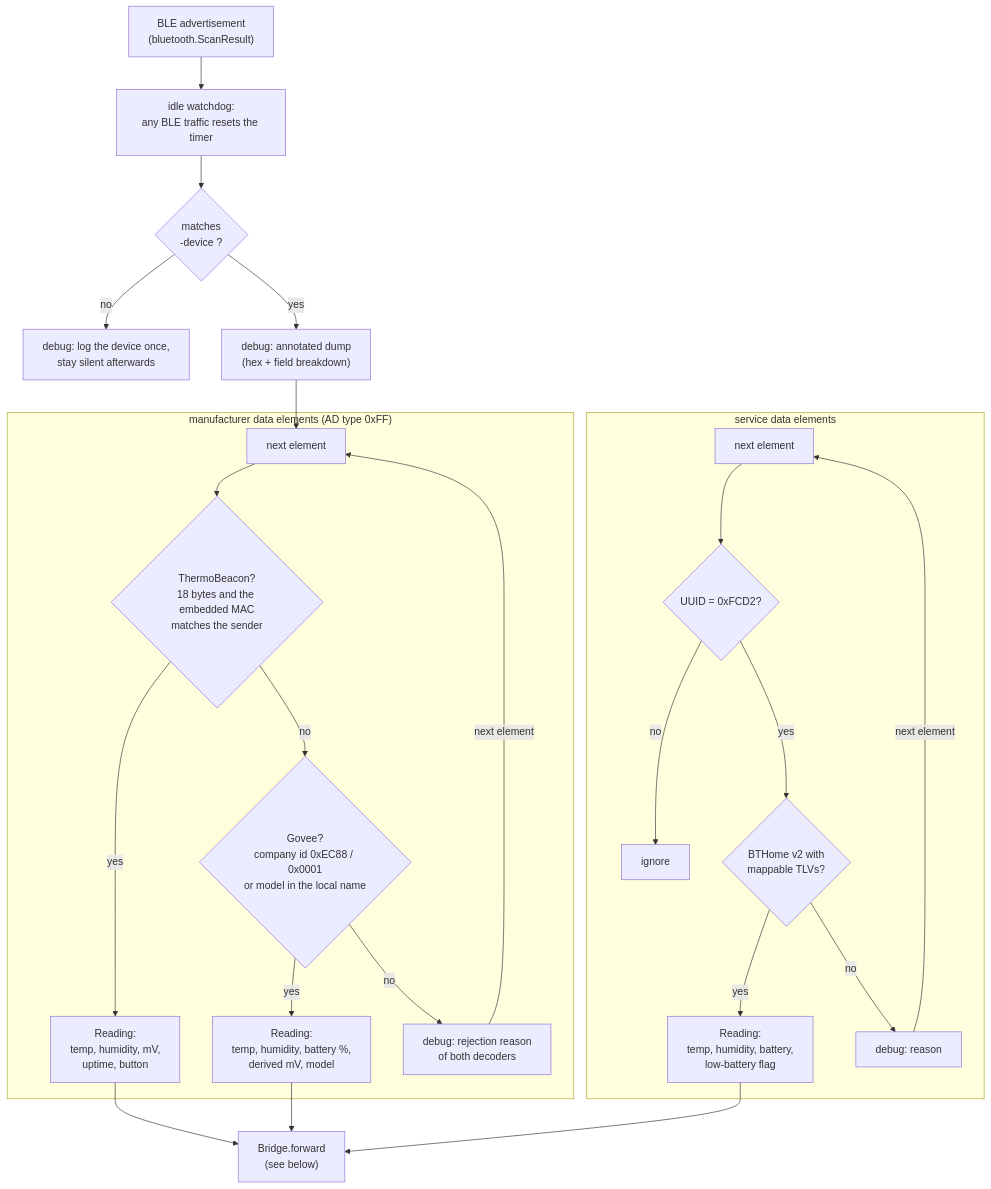
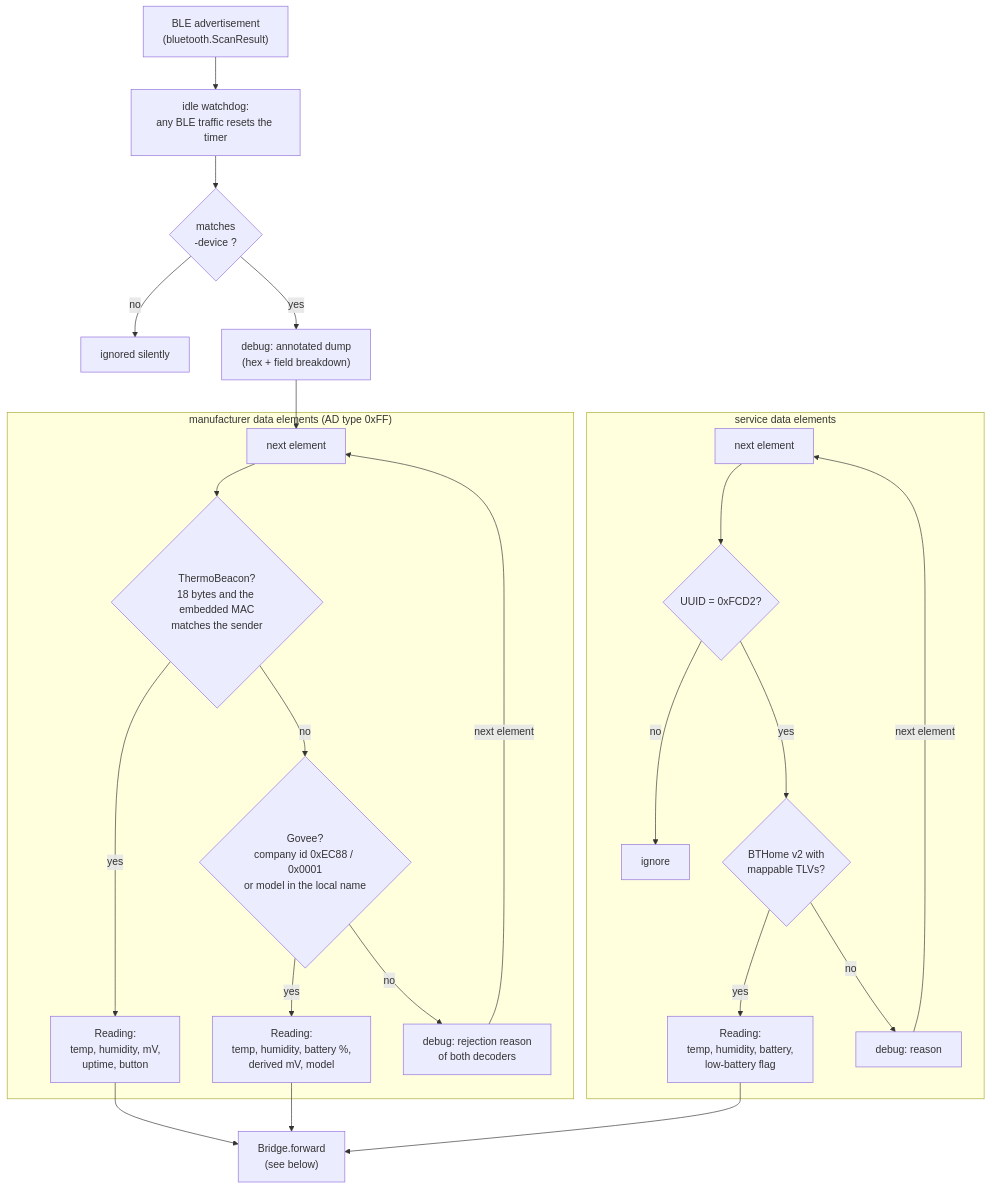
One commit to prune998/thermobeacon-ble-go changed the first of 3 diagrams in docs/how-it-works.md. Above: the diagram before and after it, drawn with Mermaid. The commit also changed other lines of this file and 3 other files, not shown here.

First line of the commit message:
Do not log non-matching devices in debug when -device is set

````diff
--- a/docs/how-it-works.md
+++ b/docs/how-it-works.md
@@ -49,31 +49,31 @@
 ```mermaid
 flowchart TD
     ADV["BLE advertisement<br/>(bluetooth.ScanResult)"] --> WATCH["idle watchdog:<br/>any BLE traffic resets the timer"]
     WATCH --> MATCH{"matches<br/>-device ?"}
-    MATCH -- "no" --> ONCE["debug: log the device once,<br/>stay silent afterwards"]
+    MATCH -- "no" --> SILENT["ignored silently"]
     MATCH -- "yes" --> DUMP["debug: annotated dump<br/>(hex + field breakdown)"]
 
     DUMP --> MFG
 
     subgraph mfg["manufacturer data elements (AD type 0xFF)"]
         MFG["next element"] --> TB{"ThermoBeacon?<br/>18 bytes and the embedded MAC<br/>matches the sender"}
         TB -- "yes" --> R1["Reading:<br/>temp, humidity, mV,<br/>uptime, button"]
         TB -- "no" --> GOV{"Govee?<br/>company id 0xEC88 / 0x0001<br/>or model in the local name"}
         GOV -- "yes" --> R2["Reading:<br/>temp, humidity, battery %,<br/>derived mV, model"]
         GOV -- "no" --> SKIP["debug: rejection reason<br/>of both decoders"]
         SKIP -- "next element" --> MFG
     end
 
     subgraph svc["service data elements"]
         SD["next element"] --> ISBTH{"UUID = 0xFCD2?"}
         ISBTH -- "no" --> IGNORE["ignore"]
         ISBTH -- "yes" --> BTH{"BTHome v2 with<br/>mappable TLVs?"}
         BTH -- "yes" --> R3["Reading:<br/>temp, humidity, battery,<br/>low-battery flag"]
         BTH -- "no" --> SKIPSVC["debug: reason"]
         SKIPSVC -- "next element" --> SD
     end
 
     R1 --> FWD["Bridge.forward<br/>(see below)"]
     R2 --> FWD
     R3 --> FWD
 ```
````
